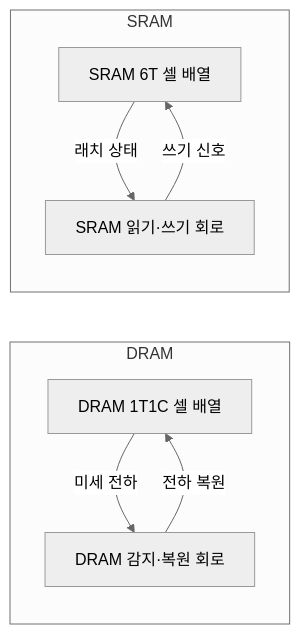
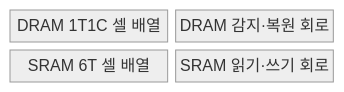
The first of 2 diagrams in src/content/docs/notes/02-hardware/023_dram_vs_sram.md (agnusdei1207/knowledge-base), drawn with Mermaid (neutral theme) before and after one commit. The commit also changed other lines of this file and 20 other files, not shown here.

````diff
--- a/src/content/docs/notes/02-hardware/023_dram_vs_sram.md
+++ b/src/content/docs/notes/02-hardware/023_dram_vs_sram.md
@@ -66,15 +64,8 @@
 ```mermaid
-flowchart LR
-    subgraph D["DRAM"]
-        DC[DRAM 1T1C 셀 배열]
-        DS[DRAM 감지·복원 회로]
-        DC -->|미세 전하| DS
-        DS -->|전하 복원| DC
-    end
-    subgraph S["SRAM"]
-        SC[SRAM 6T 셀 배열]
-        SS[SRAM 읽기·쓰기 회로]
-        SC -->|래치 상태| SS
-        SS -->|쓰기 신호| SC
-    end
+block
+    columns 2
+    DC["DRAM 1T1C 셀 배열"]
+    DS["DRAM 감지·복원 회로"]
+    SC["SRAM 6T 셀 배열"]
+    SS["SRAM 읽기·쓰기 회로"]
 ```
````
